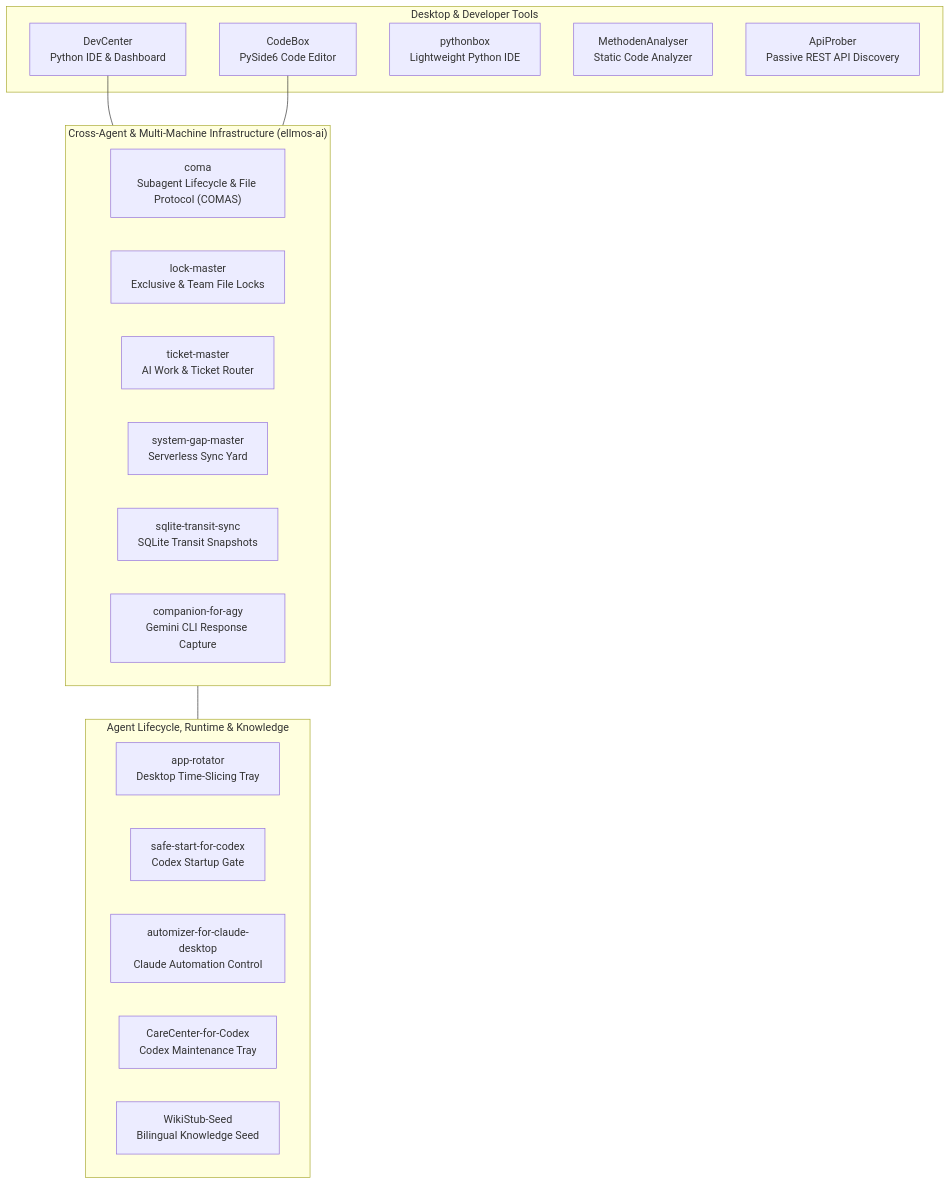
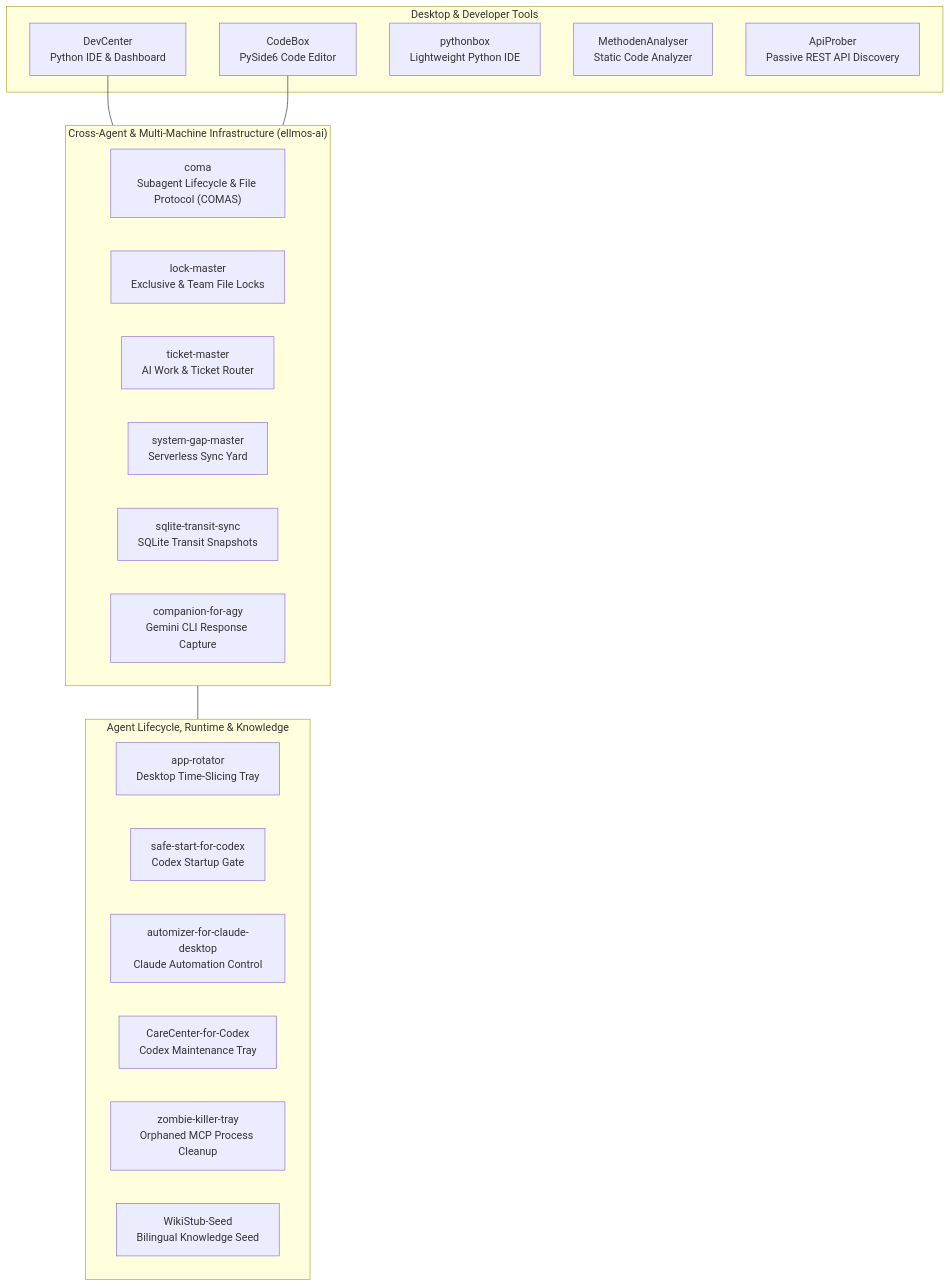
Before and after one commit to dev-bricks/.github: the diagram in profile/README.md, drawn with Mermaid. The commit also changed other lines of this file and 5 other files, not shown here.

First line of the commit message:
docs: add zombie-killer-tray to the public repository directory (#3)

````diff
--- a/profile/README.md
+++ b/profile/README.md
@@ -120,31 +124,32 @@
 ```mermaid
 flowchart TD
   subgraph IDE["Desktop & Developer Tools"]
     DC["DevCenter<br/>Python IDE & Dashboard"]
     CB["CodeBox<br/>PySide6 Code Editor"]
     PB["pythonbox<br/>Lightweight Python IDE"]
     MA["MethodenAnalyser<br/>Static Code Analyzer"]
     AP["ApiProber<br/>Passive REST API Discovery"]
   end
 
   subgraph INFRA["Cross-Agent & Multi-Machine Infrastructure (ellmos-ai)"]
     COM["coma<br/>Subagent Lifecycle & File Protocol (COMAS)"]
     LM["lock-master<br/>Exclusive & Team File Locks"]
     TM["ticket-master<br/>AI Work & Ticket Router"]
     SGM["system-gap-master<br/>Serverless Sync Yard"]
     STS["sqlite-transit-sync<br/>SQLite Transit Snapshots"]
     AGY["companion-for-agy<br/>Gemini CLI Response Capture"]
   end
 
   subgraph AGENT["Agent Lifecycle, Runtime & Knowledge"]
     AR["app-rotator<br/>Desktop Time-Slicing Tray"]
     SSC["safe-start-for-codex<br/>Codex Startup Gate"]
     ACD["automizer-for-claude-desktop<br/>Claude Automation Control"]
     CCC["CareCenter-for-Codex<br/>Codex Maintenance Tray"]
+    ZKT["zombie-killer-tray<br/>Orphaned MCP Process Cleanup"]
     WSS["WikiStub-Seed<br/>Bilingual Knowledge Seed"]
   end
 
   DC --- INFRA
   CB --- INFRA
   INFRA --- AGENT
 ```
````
